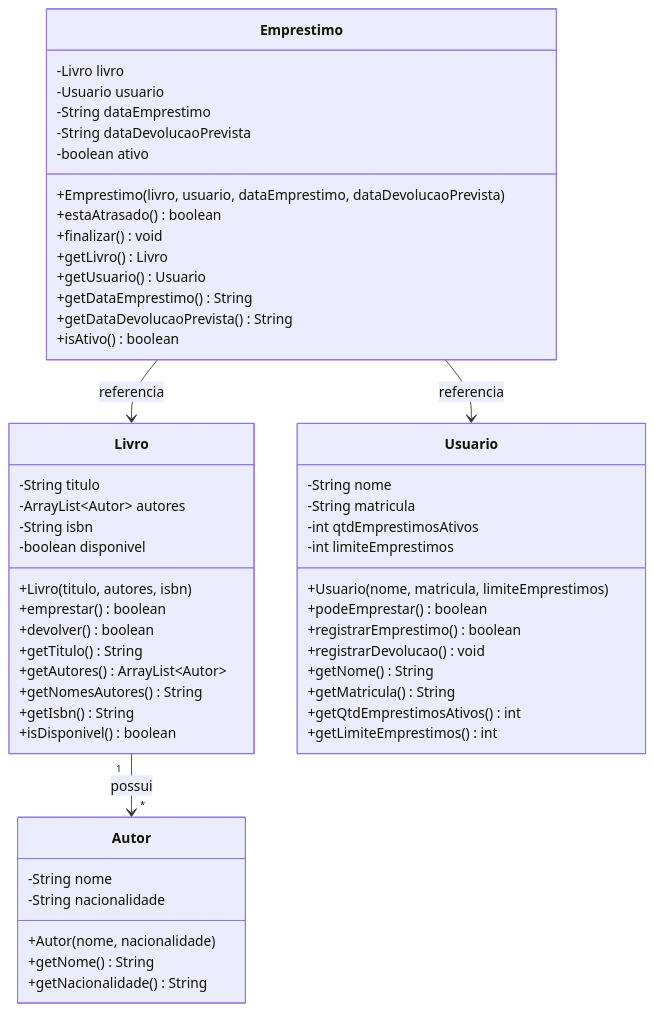
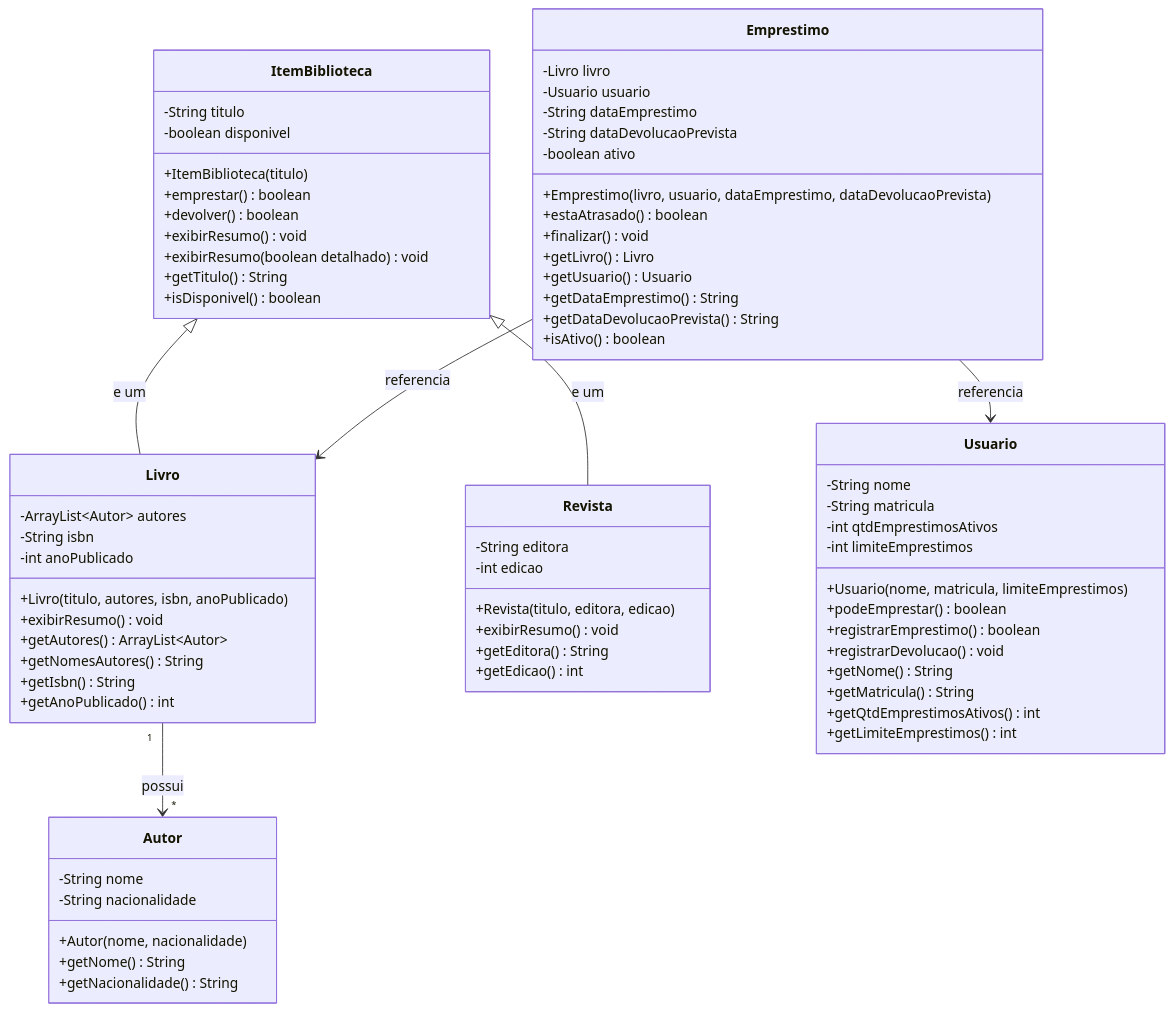
Before and after one commit to arianearchanjo/biblioteca: the diagram in grupo_1_biblioteca/modelagem/modelagem.md, drawn with Mermaid. The commit also changed other lines of this file and 6 other files, not shown here.

Commit message:
Etapa 3: cria hierarquia ItemBiblioteca (Livro/Revista) com heranca, super() e anoPublicado

````diff
--- a/grupo_1_biblioteca/modelagem/modelagem.md
+++ b/grupo_1_biblioteca/modelagem/modelagem.md
@@ -5,60 +14,80 @@
 ```mermaid
 classDiagram
+    class ItemBiblioteca {
+        -String titulo
+        -boolean disponivel
+        +ItemBiblioteca(titulo)
+        +emprestar() boolean
+        +devolver() boolean
+        +exibirResumo() void
+        +exibirResumo(boolean detalhado) void
+        +getTitulo() String
+        +isDisponivel() boolean
+    }
+
+    class Livro {
+        -ArrayList~Autor~ autores
+        -String isbn
+        -int anoPublicado
+        +Livro(titulo, autores, isbn, anoPublicado)
+        +exibirResumo() void
+        +getAutores() ArrayList~Autor~
+        +getNomesAutores() String
+        +getIsbn() String
+        +getAnoPublicado() int
+    }
+
+    class Revista {
+        -String editora
+        -int edicao
+        +Revista(titulo, editora, edicao)
+        +exibirResumo() void
+        +getEditora() String
+        +getEdicao() int
+    }
+
     class Autor {
         -String nome
         -String nacionalidade
         +Autor(nome, nacionalidade)
         +getNome() String
         +getNacionalidade() String
-    }
-
-    class Livro {
-        -String titulo
-        -ArrayList~Autor~ autores
-        -String isbn
-        -boolean disponivel
-        +Livro(titulo, autores, isbn)
-        +emprestar() boolean
-        +devolver() boolean
-        +getTitulo() String
-        +getAutores() ArrayList~Autor~
-        +getNomesAutores() String
-        +getIsbn() String
-        +isDisponivel() boolean
     }
 
     class Usuario {
         -String nome
         -String matricula
         -int qtdEmprestimosAtivos
         -int limiteEmprestimos
         +Usuario(nome, matricula, limiteEmprestimos)
         +podeEmprestar() boolean
         +registrarEmprestimo() boolean
         +registrarDevolucao() void
         +getNome() String
         +getMatricula() String
         +getQtdEmprestimosAtivos() int
         +getLimiteEmprestimos() int
     }
 
     class Emprestimo {
         -Livro livro
         -Usuario usuario
         -String dataEmprestimo
         -String dataDevolucaoPrevista
         -boolean ativo
         +Emprestimo(livro, usuario, dataEmprestimo, dataDevolucaoPrevista)
         +estaAtrasado() boolean
         +finalizar() void
         +getLivro() Livro
         +getUsuario() Usuario
         +getDataEmprestimo() String
         +getDataDevolucaoPrevista() String
         +isAtivo() boolean
     }
 
+    ItemBiblioteca <|-- Livro : e um
+    ItemBiblioteca <|-- Revista : e um
     Livro "1" --> "*" Autor : possui
     Emprestimo --> Livro : referencia
     Emprestimo --> Usuario : referencia
 ```
````
